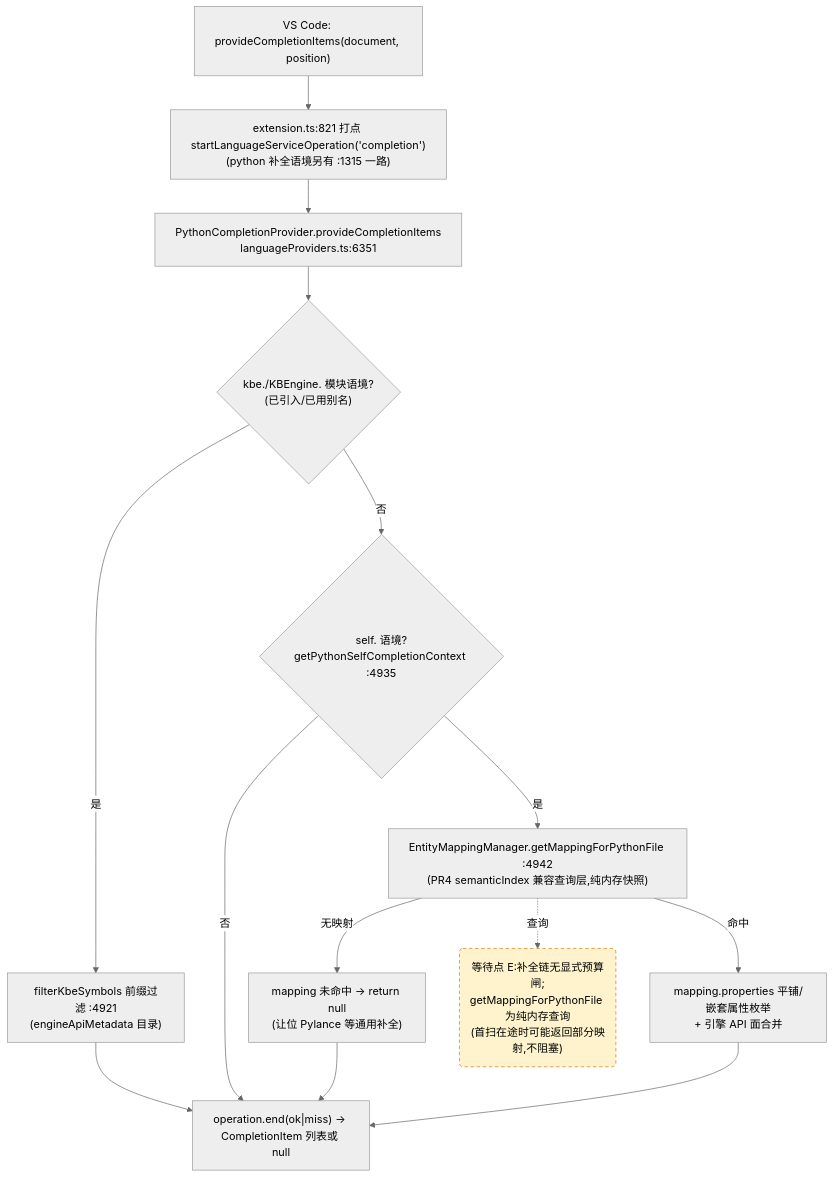
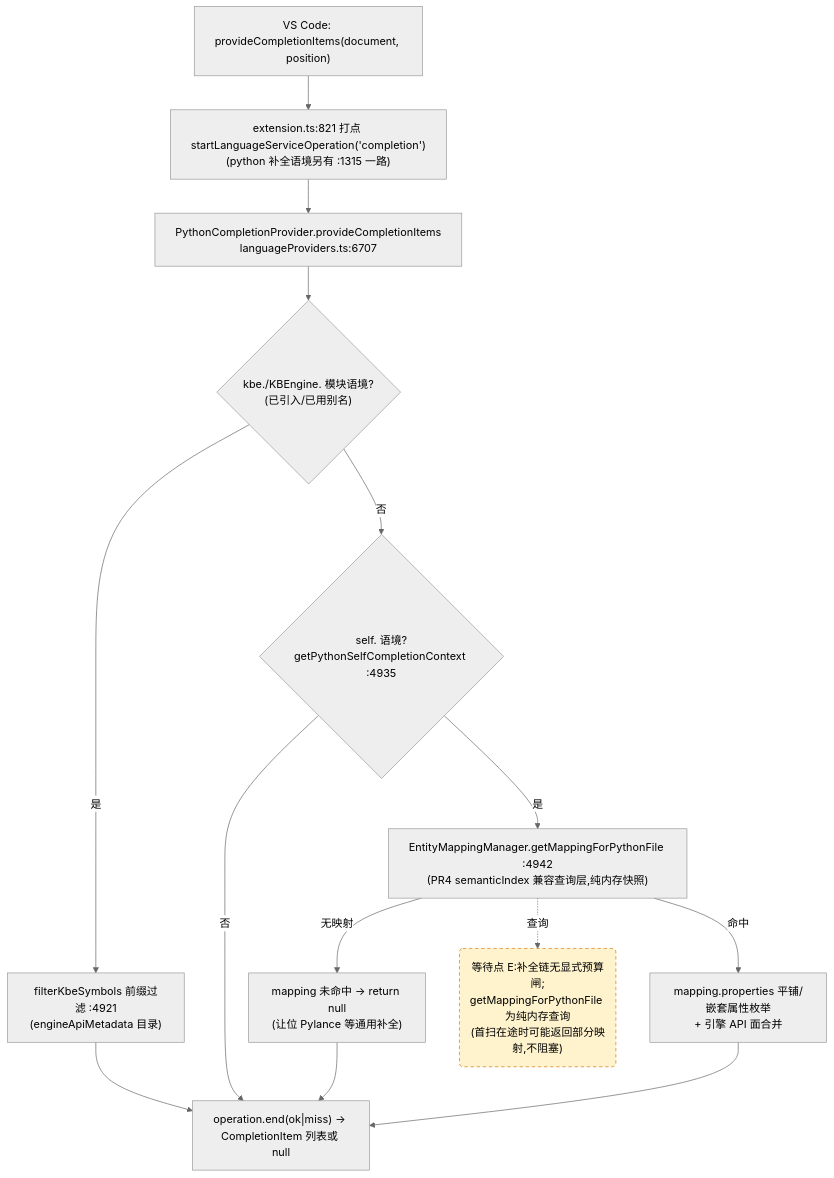
Before and after one commit to cuihairu/kode: the third of 4 diagrams in docs/perf/2026-baseline.md, drawn with Mermaid (neutral theme). The commit also changed other lines of this file and 16 other files, not shown here.

````diff
--- a/docs/perf/2026-baseline.md
+++ b/docs/perf/2026-baseline.md
@@ -184,27 +184,27 @@
 ```mermaid
 flowchart TD
   VC3["VS Code: provideCompletionItems(document, position)"]
   M3["extension.ts:821 打点 startLanguageServiceOperation('completion')<br/>(python 补全语境另有 :1315 一路)"]
-  CP["PythonCompletionProvider.provideCompletionItems<br/>languageProviders.ts:6351"]
+  CP["PythonCompletionProvider.provideCompletionItems<br/>languageProviders.ts:6707"]
   KBEC{"kbe./KBEngine. 模块语境?<br/>(已引入/已用别名)"}
   FILTER["filterKbeSymbols 前缀过滤 :4921<br/>(engineApiMetadata 目录)"]
   SELFC{"self. 语境?<br/>getPythonSelfCompletionContext :4935"}
   MAP["EntityMappingManager.getMappingForPythonFile :4942<br/>(PR4 semanticIndex 兼容查询层,纯内存快照)"]
   NOMAP["mapping 未命中 → return null<br/>(让位 Pylance 等通用补全)"]
   PROPS["mapping.properties 平铺/嵌套属性枚举<br/>+ 引擎 API 面合并"]
   END3["operation.end(ok|miss) → CompletionItem 列表或 null"]
 
   VC3 --> M3 --> CP --> KBEC
   KBEC -- "是" --> FILTER --> END3
   KBEC -- "否" --> SELFC
   SELFC -- "否" --> END3
   SELFC -- "是" --> MAP
   MAP -- "无映射" --> NOMAP --> END3
   MAP -- "命中" --> PROPS --> END3
 
   WAITE("等待点 E:补全链无显式预算闸;<br/>getMappingForPythonFile 为纯内存查询<br/>(首扫在途时可能返回部分映射,不阻塞)")
   MAP -.->|查询| WAITE
 
   classDef waitPoint fill:#fff3cd,stroke:#d97706,stroke-dasharray:5 4;
   class WAITE waitPoint;
 ```
````
